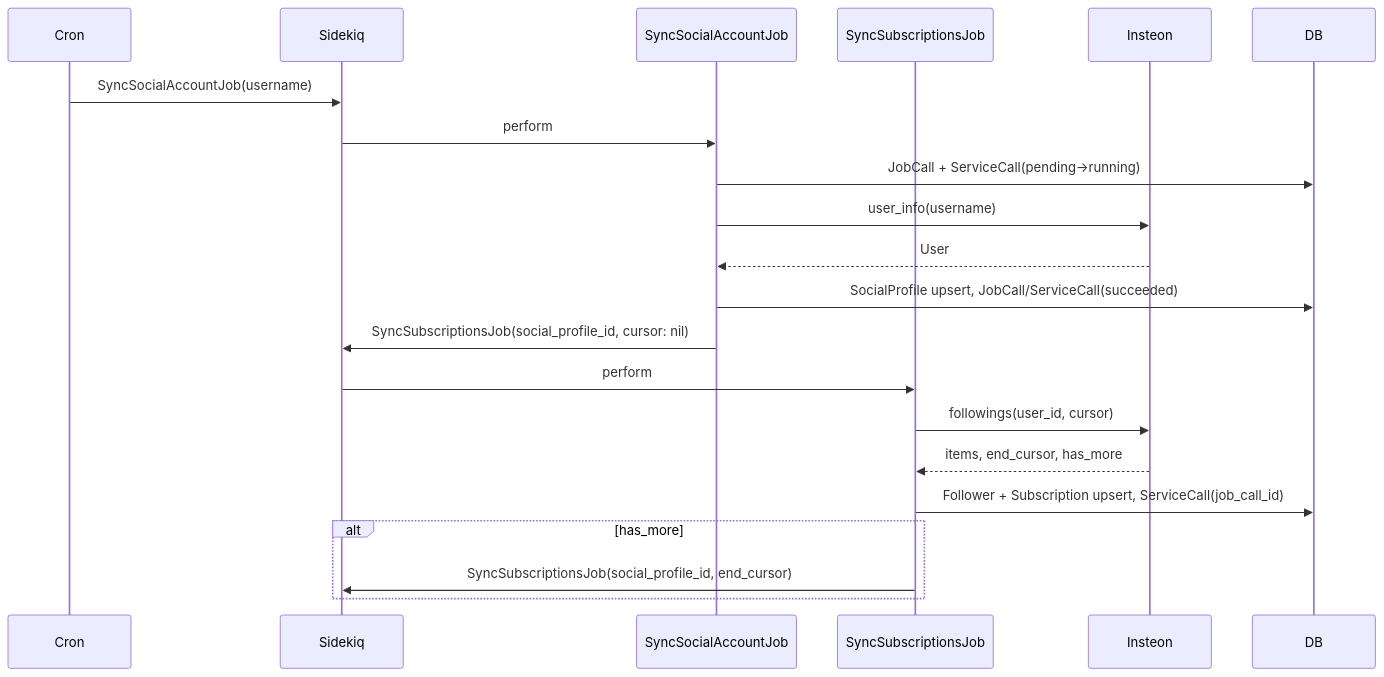
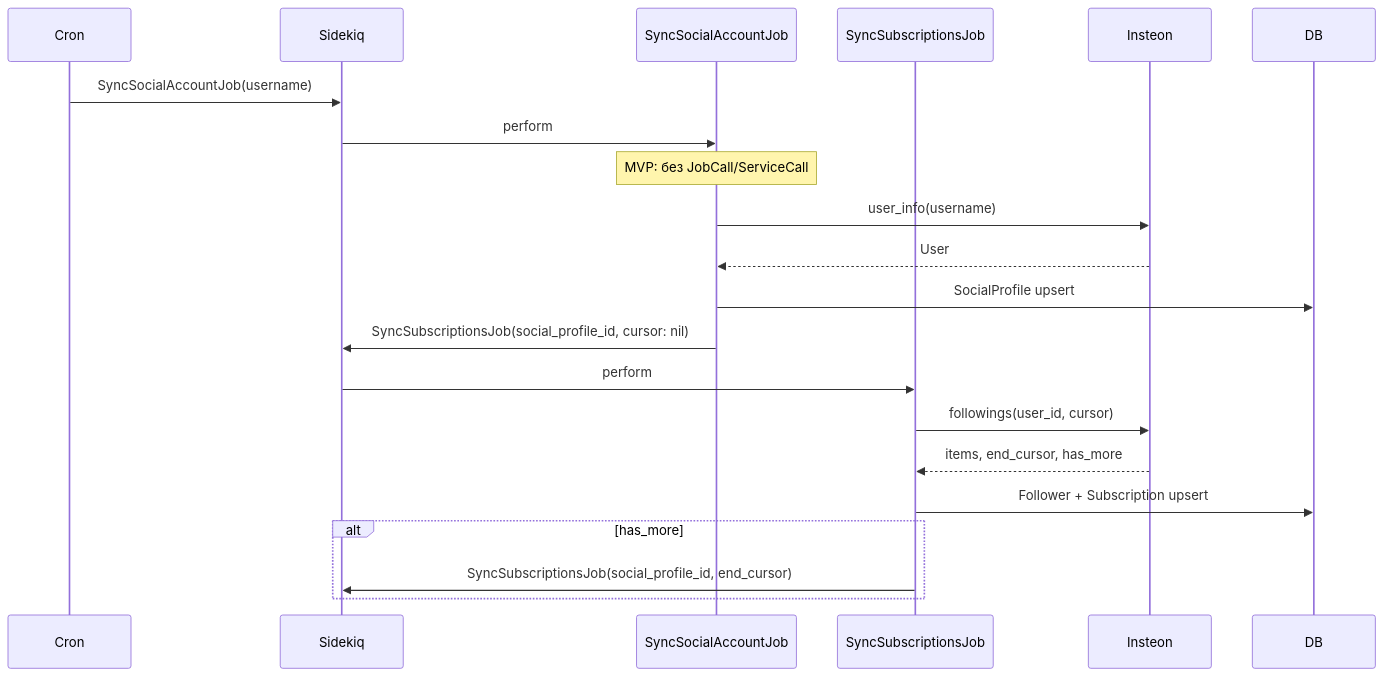
Before and after one commit to dostapn/sm-core-struct: the diagram in docs/08-IMPLEMENTATION-ROADMAP.md, drawn with Mermaid. The commit also changed other lines of this file and 2 other files, not shown here.

````diff
--- a/docs/08-IMPLEMENTATION-ROADMAP.md
+++ b/docs/08-IMPLEMENTATION-ROADMAP.md
@@ -290,25 +291,25 @@
 ```mermaid
 sequenceDiagram
     participant Cron
     participant Sidekiq
     participant SyncSocialAccountJob
     participant SyncSubscriptionsJob
     participant Insteon
     participant DB
 
     Cron->>Sidekiq: SyncSocialAccountJob(username)
     Sidekiq->>SyncSocialAccountJob: perform
-    SyncSocialAccountJob->>DB: JobCall + ServiceCall(pending->running)
+    Note over SyncSocialAccountJob: MVP: без JobCall/ServiceCall
     SyncSocialAccountJob->>Insteon: user_info(username)
     Insteon-->>SyncSocialAccountJob: User
-    SyncSocialAccountJob->>DB: SocialProfile upsert, JobCall/ServiceCall(succeeded)
+    SyncSocialAccountJob->>DB: SocialProfile upsert
     SyncSocialAccountJob->>Sidekiq: SyncSubscriptionsJob(social_profile_id, cursor: nil)
 
     Sidekiq->>SyncSubscriptionsJob: perform
     SyncSubscriptionsJob->>Insteon: followings(user_id, cursor)
     Insteon-->>SyncSubscriptionsJob: items, end_cursor, has_more
-    SyncSubscriptionsJob->>DB: Follower + Subscription upsert, ServiceCall(job_call_id)
+    SyncSubscriptionsJob->>DB: Follower + Subscription upsert
     alt has_more
         SyncSubscriptionsJob->>Sidekiq: SyncSubscriptionsJob(social_profile_id, end_cursor)
     end
 ```
````
